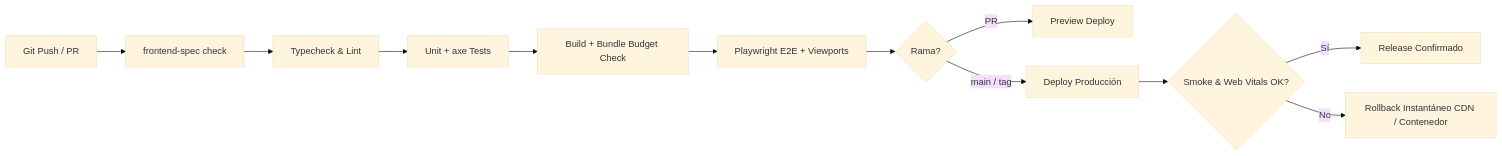
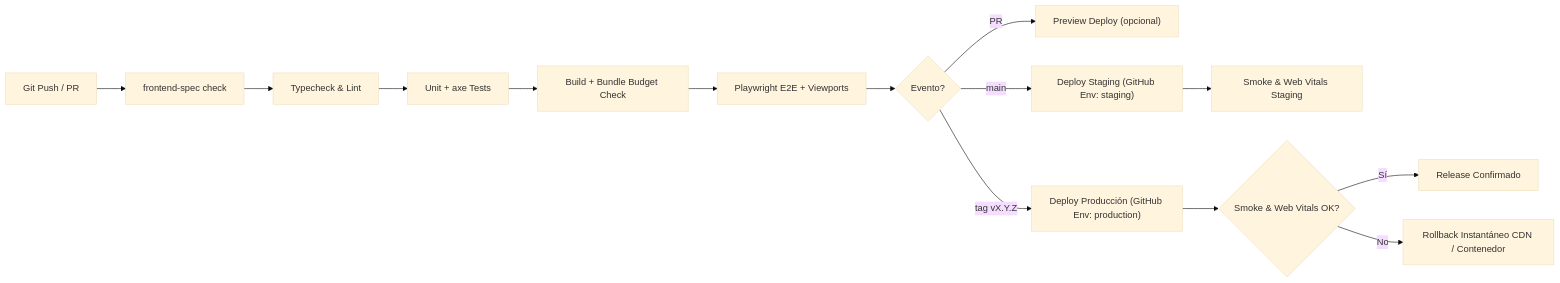
The diagram in templates/.spec/templates/_template_deployment.md (cccg8105/frontend-spec), drawn with Mermaid (base theme) before and after one commit. The commit also changed other lines of this file and 21 other files, not shown here.

Commit message:
feat(deploy,ci): add deploy skill, --ci github guardrail, env var contracts and Python 3.11/3.13 CI matrix

````diff
--- a/templates/.spec/templates/_template_deployment.md
+++ b/templates/.spec/templates/_template_deployment.md
@@ -10,14 +10,16 @@
 ```mermaid
 flowchart LR
     A["Git Push / PR"] --> B["frontend-spec check"]
     B --> C["Typecheck & Lint"]
     C --> D["Unit + axe Tests"]
     D --> E["Build + Bundle Budget Check"]
     E --> F["Playwright E2E + Viewports"]
-    F --> G{"Rama?"}
-    G -->|PR| H["Preview Deploy"]
-    G -->|main / tag| I["Deploy Producción"]
-    I --> J{"Smoke & Web Vitals OK?"}
-    J -- Sí --> K["Release Confirmado"]
-    J -- No --> L["Rollback Instantáneo CDN / Contenedor"]
+    F --> G{"Evento?"}
+    G -->|"PR"| H["Preview Deploy (opcional)"]
+    G -->|"main"| I["Deploy Staging (GitHub Env: staging)"]
+    I --> J["Smoke & Web Vitals Staging"]
+    G -->|"tag vX.Y.Z"| K["Deploy Producción (GitHub Env: production)"]
+    K --> L{"Smoke & Web Vitals OK?"}
+    L -- Sí --> M["Release Confirmado"]
+    L -- No --> N["Rollback Instantáneo CDN / Contenedor"]
 ```
````
